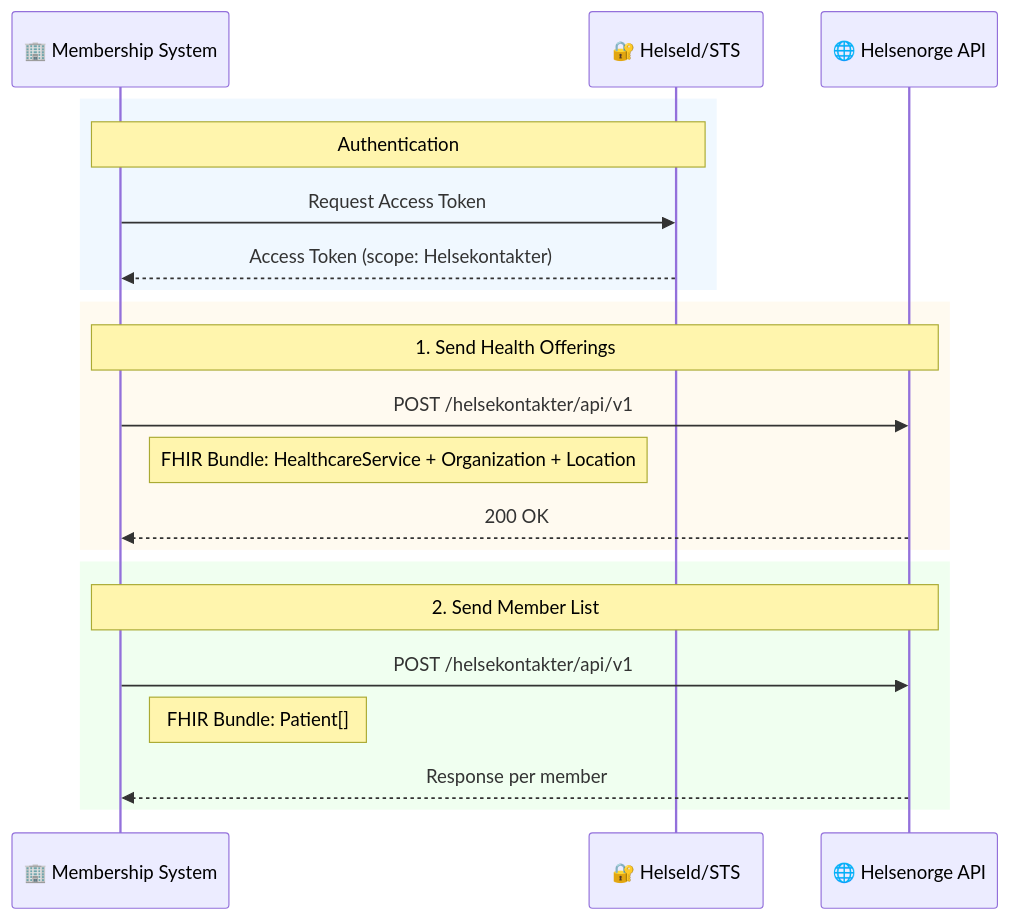
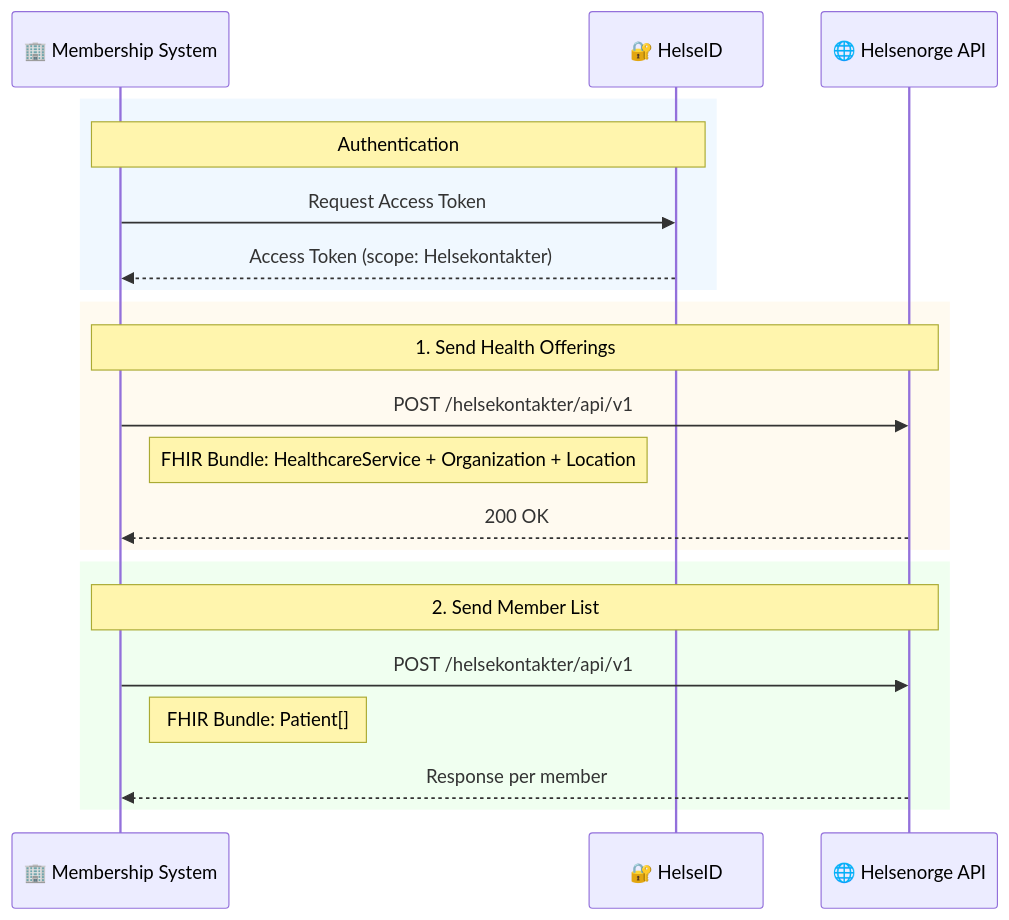
The first of 10 diagrams in APIs/Helsekontakt/Medlemstjenester/README.md (richardmax-visma/DigiHealth_Documentation), drawn with Mermaid before and after one commit. The commit also changed other lines of this file and 1 other file, not shown here.

````diff
--- a/APIs/Helsekontakt/Medlemstjenester/README.md
+++ b/APIs/Helsekontakt/Medlemstjenester/README.md
@@ -21,28 +24,28 @@
 ```mermaid
 %% keep in sync with Medlemstjenester_Flow.mmd
 sequenceDiagram
 	participant MS as 🏢 Membership System
-	participant Auth as 🔐 HelseId/STS
+	participant Auth as 🔐 HelseID
 	participant HN as 🌐 Helsenorge API
 
 	rect rgb(240, 248, 255)
 		Note over MS,Auth: Authentication
 		MS->>Auth: Request Access Token
 		Auth-->>MS: Access Token (scope: Helsekontakter)
 	end
 
 	rect rgb(255, 250, 240)
 		Note over MS,HN: 1. Send Health Offerings
 		MS->>HN: POST /helsekontakter/api/v1
 		Note right of MS: FHIR Bundle: HealthcareService + Organization + Location
 		HN-->>MS: 200 OK
 	end
 
 	rect rgb(240, 255, 240)
 		Note over MS,HN: 2. Send Member List
 		MS->>HN: POST /helsekontakter/api/v1
 		Note right of MS: FHIR Bundle: Patient[]
 		HN-->>MS: Response per member
 	end
 
 ```
````
